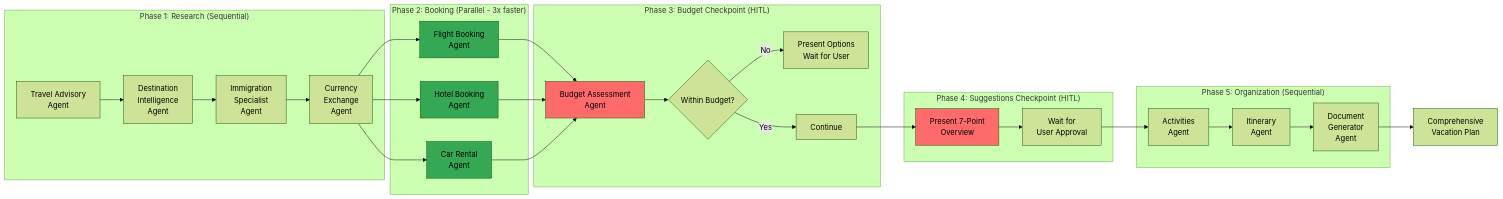
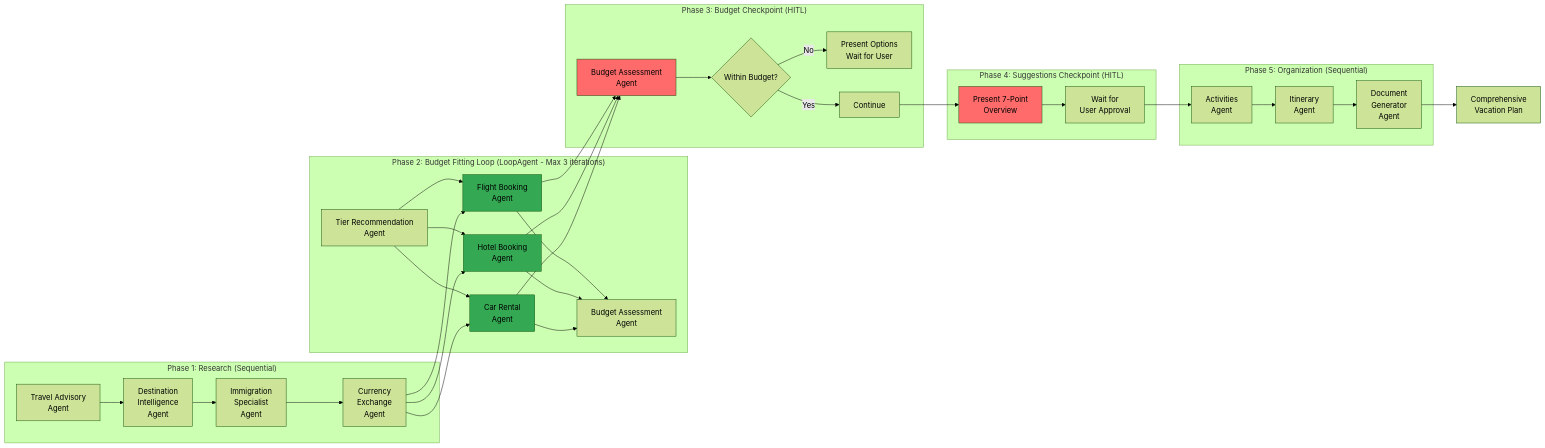
One commit to RBATHINENI78/AI-Powered_Vacation_Planner changed the second of 6 diagrams in HACKATHON_SUBMISSION.md. Above: the diagram before and after it, drawn with Mermaid (forest theme). The commit also changed other lines of this file and 1 other file, not shown here.

First line of the commit message:
Update documentation with LoopAgent, Tavily MCP, and recent enhancements

````diff
--- a/HACKATHON_SUBMISSION.md
+++ b/HACKATHON_SUBMISSION.md
@@ -123,51 +130,59 @@
 ```mermaid
 graph LR
     subgraph "Phase 1: Research (Sequential)"
         A1[Travel Advisory<br/>Agent]
         A2[Destination<br/>Intelligence<br/>Agent]
         A3[Immigration<br/>Specialist<br/>Agent]
         A4[Currency<br/>Exchange<br/>Agent]
         A1 --> A2 --> A3 --> A4
     end
 
-    subgraph "Phase 2: Booking (Parallel - 3x faster)"
+    subgraph "Phase 2: Budget Fitting Loop (LoopAgent - Max 3 iterations)"
+        B0[Tier Recommendation<br/>Agent]
         B1[Flight Booking<br/>Agent]
         B2[Hotel Booking<br/>Agent]
         B3[Car Rental<br/>Agent]
+        B4[Budget Assessment<br/>Agent]
+        B0 --> B1
+        B0 --> B2
+        B0 --> B3
+        B1 --> B4
+        B2 --> B4
+        B3 --> B4
     end
 
     subgraph "Phase 3: Budget Checkpoint (HITL)"
         C1[Budget Assessment<br/>Agent]
         C1 --> C2{Within Budget?}
         C2 -->|No| C3[Present Options<br/>Wait for User]
         C2 -->|Yes| C4[Continue]
     end
 
     subgraph "Phase 4: Suggestions Checkpoint (HITL)"
         D1[Present 7-Point<br/>Overview]
         D1 --> D2[Wait for<br/>User Approval]
     end
 
     subgraph "Phase 5: Organization (Sequential)"
         E1[Activities<br/>Agent]
         E2[Itinerary<br/>Agent]
         E3[Document<br/>Generator<br/>Agent]
         E1 --> E2 --> E3
     end
 
     A4 --> B1
     A4 --> B2
     A4 --> B3
     B1 --> C1
     B2 --> C1
     B3 --> C1
     C4 --> D1
     D2 --> E1
     E3 --> Output[Comprehensive<br/>Vacation Plan]
 
     style C1 fill:#ff6b6b
     style D1 fill:#ff6b6b
     style B1 fill:#34a853
     style B2 fill:#34a853
     style B3 fill:#34a853
 ```
````
